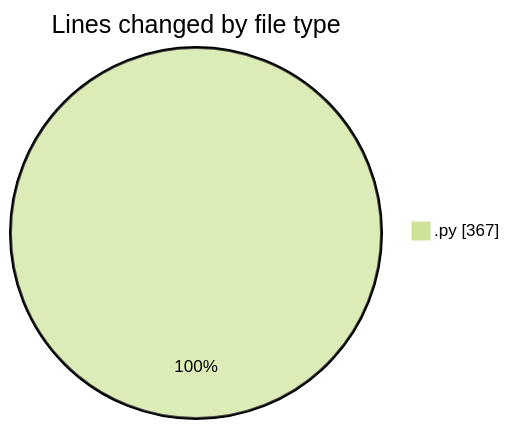
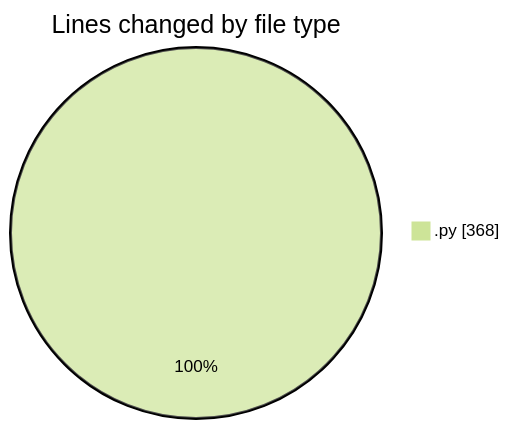
Before and after one commit to julien-gomy/code-tracking: the first of 2 diagrams in 2025-10-10/eventscop-api-guide__workspace_/README.md, drawn with Mermaid (forest theme). The commit also changed other lines of this file and 1 other file, not shown here.

````diff
--- a/2025-10-10/eventscop-api-guide__workspace_/README.md
+++ b/2025-10-10/eventscop-api-guide__workspace_/README.md
@@ -22,5 +22,5 @@
 ```mermaid
 pie showData
 title Lines changed by file type
-".py" : 367
+".py" : 368
 ```
````
